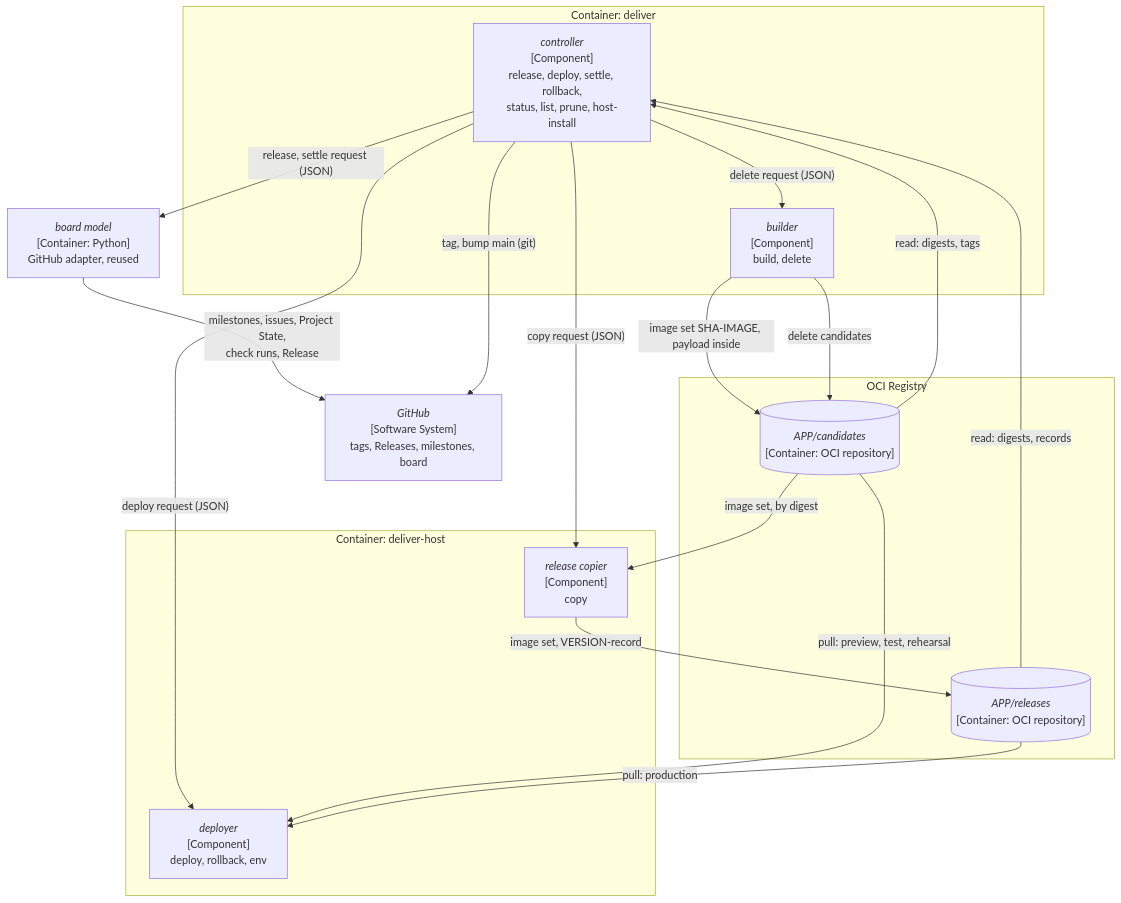
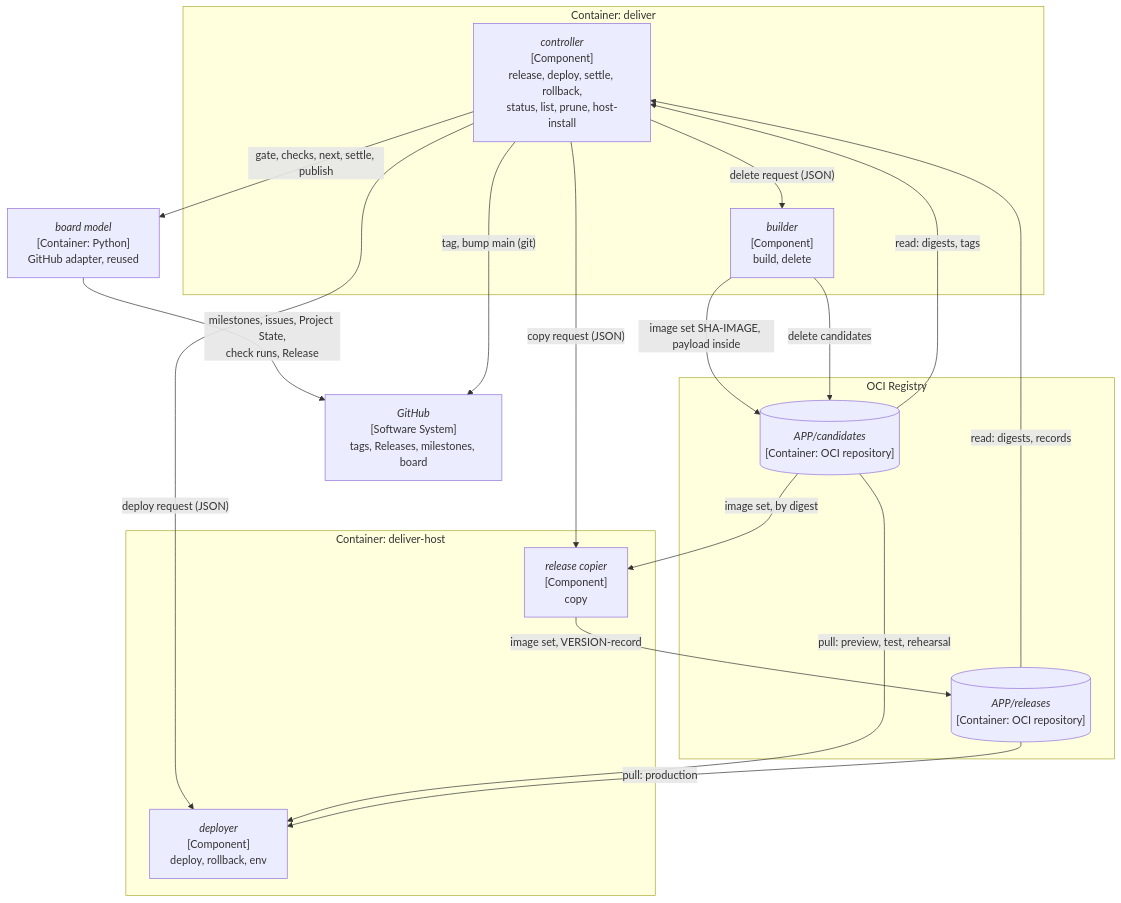
The first of 6 diagrams in records/2.5-changes/programme-tooling/117-generic-deliver-tool/design.md (delphside/programme), drawn with Mermaid before and after one commit. The commit also changed other lines of this file and 1 other file, not shown here.

````diff
--- a/records/2.5-changes/programme-tooling/117-generic-deliver-tool/design.md
+++ b/records/2.5-changes/programme-tooling/117-generic-deliver-tool/design.md
@@ -98,31 +99,31 @@
 ```mermaid
 flowchart TB
   subgraph DELIVER["Container: deliver"]
     CTL["<i>controller</i><br>[Component]<br>release, deploy, settle, rollback,<br>status, list, prune, host-install"]
     BLD["<i>builder</i><br>[Component]<br>build, delete"]
   end
   subgraph HOST["Container: deliver-host"]
     COPY["<i>release copier</i><br>[Component]<br>copy"]
     DEP["<i>deployer</i><br>[Component]<br>deploy, rollback, env"]
   end
   subgraph OCIR["OCI Registry"]
     CAND[("<i>APP/candidates</i><br>[Container: OCI repository]")]
     REL[("<i>APP/releases</i><br>[Container: OCI repository]")]
   end
   GH["<i>GitHub</i><br>[Software System]<br>tags, Releases, milestones, board"]
   BM["<i>board model</i><br>[Container: Python]<br>GitHub adapter, reused"]
-  CTL -->|"release, settle request (JSON)"| BM
+  CTL -->|"gate, checks, next, settle, publish"| BM
   BM -->|"milestones, issues, Project State,<br>check runs, Release"| GH
   BLD -->|"image set SHA-IMAGE, payload inside"| CAND
   CAND -->|"read: digests, tags"| CTL
   REL -->|"read: digests, records"| CTL
   CTL -->|"delete request (JSON)"| BLD
   BLD -->|"delete candidates"| CAND
   CTL -->|"copy request (JSON)"| COPY
   CAND -->|"image set, by digest"| COPY
   COPY -->|"image set, VERSION-record"| REL
   CTL -->|"deploy request (JSON)"| DEP
   CAND -->|"pull: preview, test, rehearsal"| DEP
   REL -->|"pull: production"| DEP
   CTL -->|"tag, bump main (git)"| GH
 ```
````
